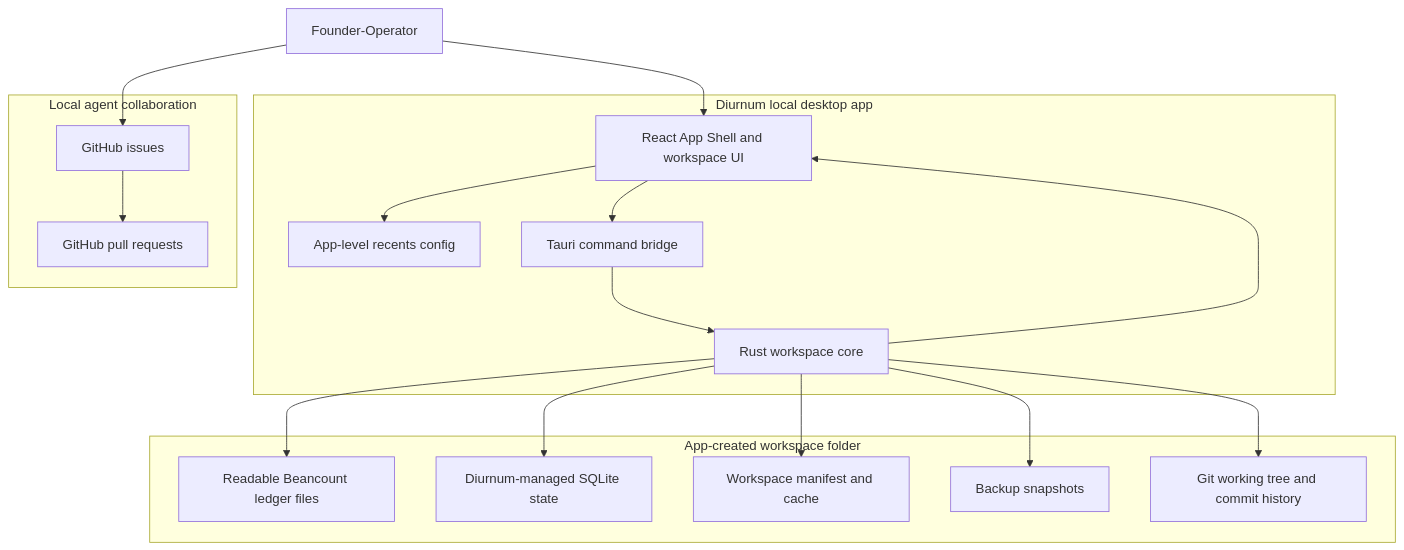
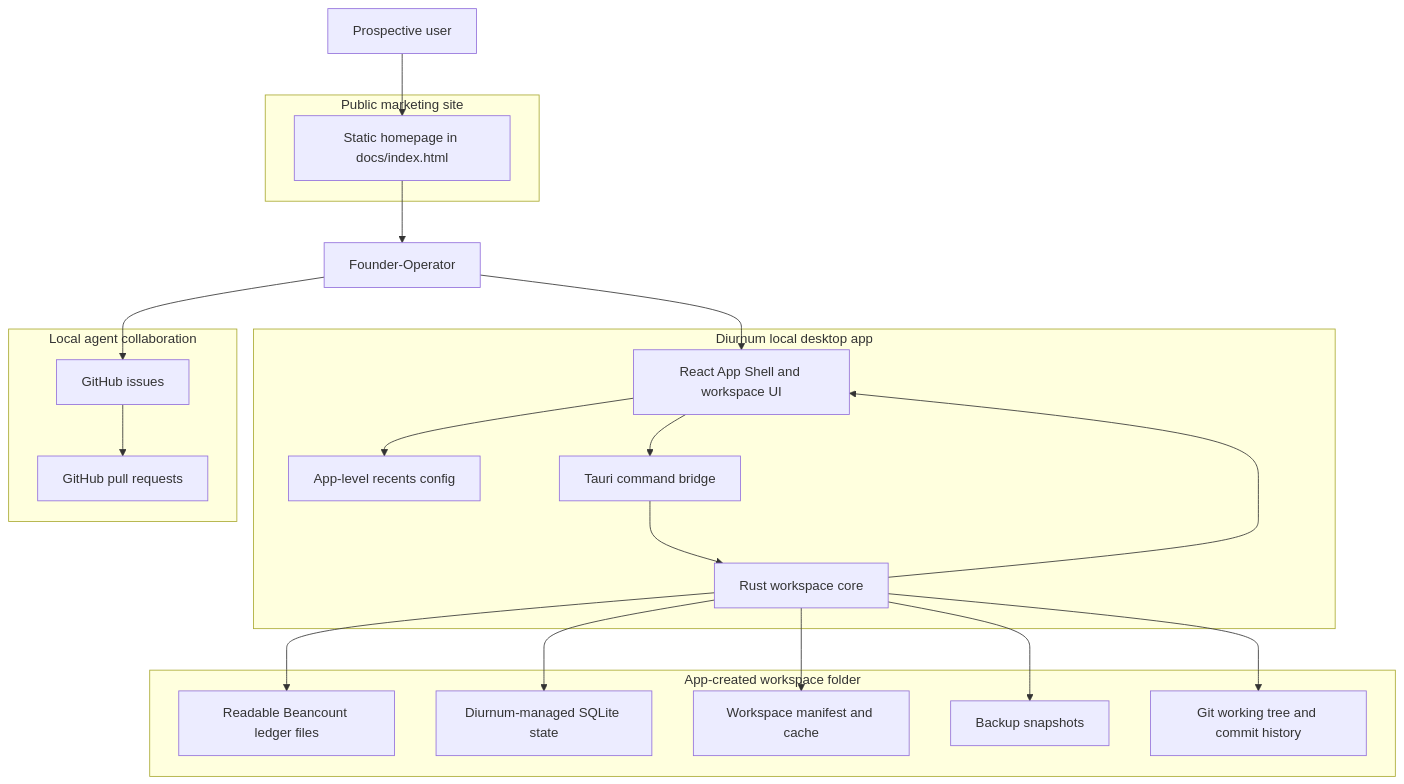
Before and after one commit to Diurnum-Dev/Diurnum: the first of 4 diagrams in docs/architecture.md, drawn with Mermaid. The commit also changed other lines of this file and 1 other file, not shown here.

Commit message:
docs: clarify homepage positioning

````diff
--- a/docs/architecture.md
+++ b/docs/architecture.md
@@ -7,37 +7,44 @@
 ```mermaid
 flowchart TB
   User[Founder-Operator]
+  Visitor[Prospective user]
+
+  subgraph Site[Public marketing site]
+    Homepage[Static homepage in docs/index.html]
+  end
 
   subgraph App[Diurnum local desktop app]
     UI[React App Shell and workspace UI]
     AppConfig[App-level recents config]
     Bridge[Tauri command bridge]
     Core[Rust workspace core]
   end
 
   subgraph Workspace[App-created workspace folder]
     Ledger[Readable Beancount ledger files]
     LocalState[Diurnum-managed SQLite state]
     Manifest[Workspace manifest and cache]
     Snapshots[Backup snapshots]
     GitRepo[Git working tree and commit history]
   end
 
   subgraph Collaboration[Local agent collaboration]
     Issues[GitHub issues]
     PRs[GitHub pull requests]
   end
 
   User --> UI
+  Visitor --> Homepage
+  Homepage --> User
   UI --> AppConfig
   UI --> Bridge
   Bridge --> Core
   Core --> Ledger
   Core --> LocalState
   Core --> Manifest
   Core --> Snapshots
   Core --> GitRepo
   Core --> UI
   User --> Issues
   Issues --> PRs
 ```
````
